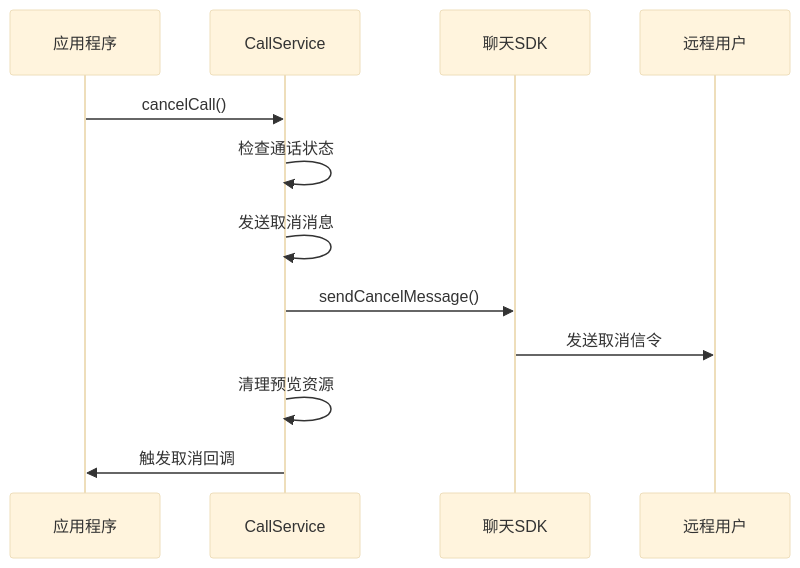
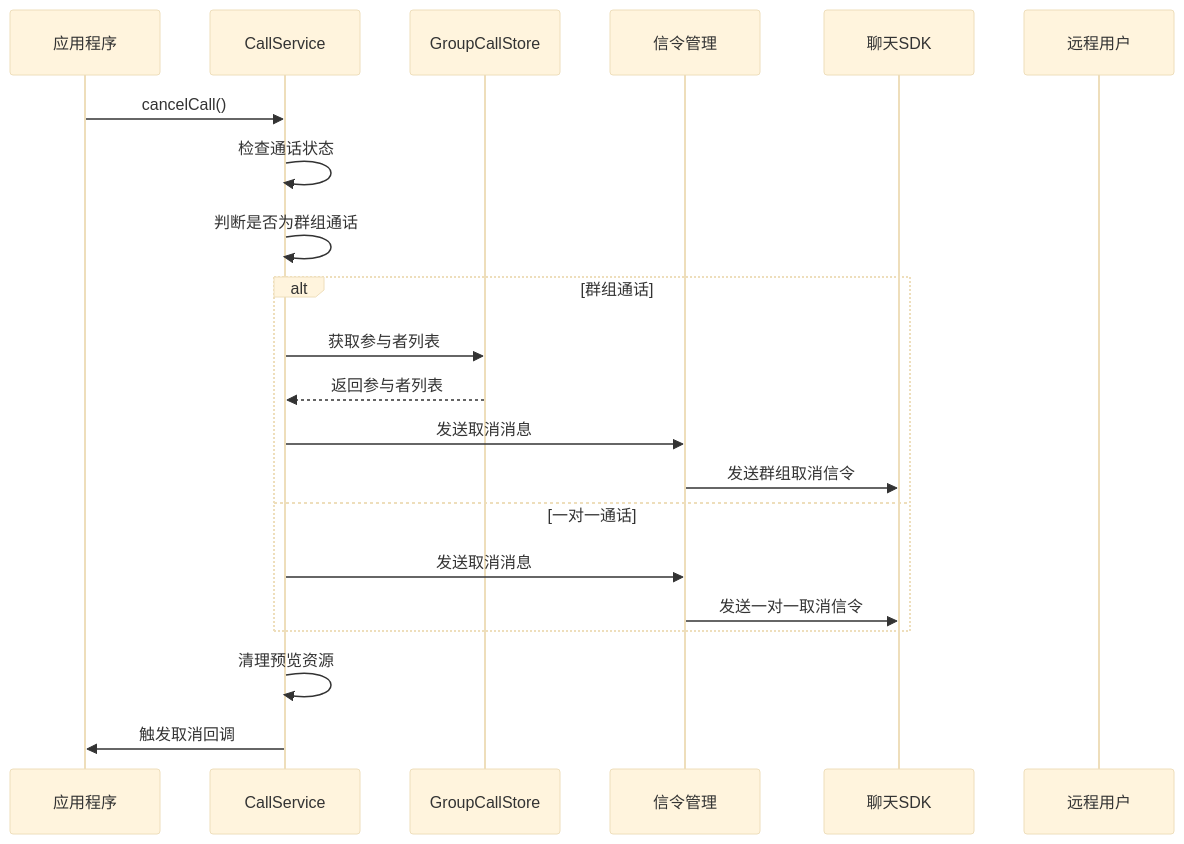
One commit to Easemob-Community/easemob-uikit-callkit-vue3 changed the fifth of 8 diagrams in .qoder/repowiki/zh/content/API 参考/服务层 API/CallService 通话服务.md. Above: the diagram before and after it, drawn with Mermaid (base theme). The commit also changed other lines of this file and 54 other files, not shown here.

````diff
--- a/.qoder/repowiki/zh/content/API 参考/服务层 API/CallService 通话服务.md
+++ b/.qoder/repowiki/zh/content/API 参考/服务层 API/CallService 通话服务.md
@@ -192,14 +214,23 @@
 ```mermaid
 sequenceDiagram
 participant App as 应用程序
 participant Service as CallService
+participant GroupStore as GroupCallStore
+participant Signal as 信令管理
 participant Chat as 聊天SDK
 participant Remote as 远程用户
 App->>Service : cancelCall()
 Service->>Service : 检查通话状态
-Service->>Service : 发送取消消息
-Service->>Chat : sendCancelMessage()
-Chat->>Remote : 发送取消信令
+Service->>Service : 判断是否为群组通话
+alt 群组通话
+Service->>GroupStore : 获取参与者列表
+GroupStore-->>Service : 返回参与者列表
+Service->>Signal : 发送取消消息
+Signal->>Chat : 发送群组取消信令
+else 一对一通话
+Service->>Signal : 发送取消消息
+Signal->>Chat : 发送一对一取消信令
+end
 Service->>Service : 清理预览资源
 Service->>App : 触发取消回调
 ```
````
